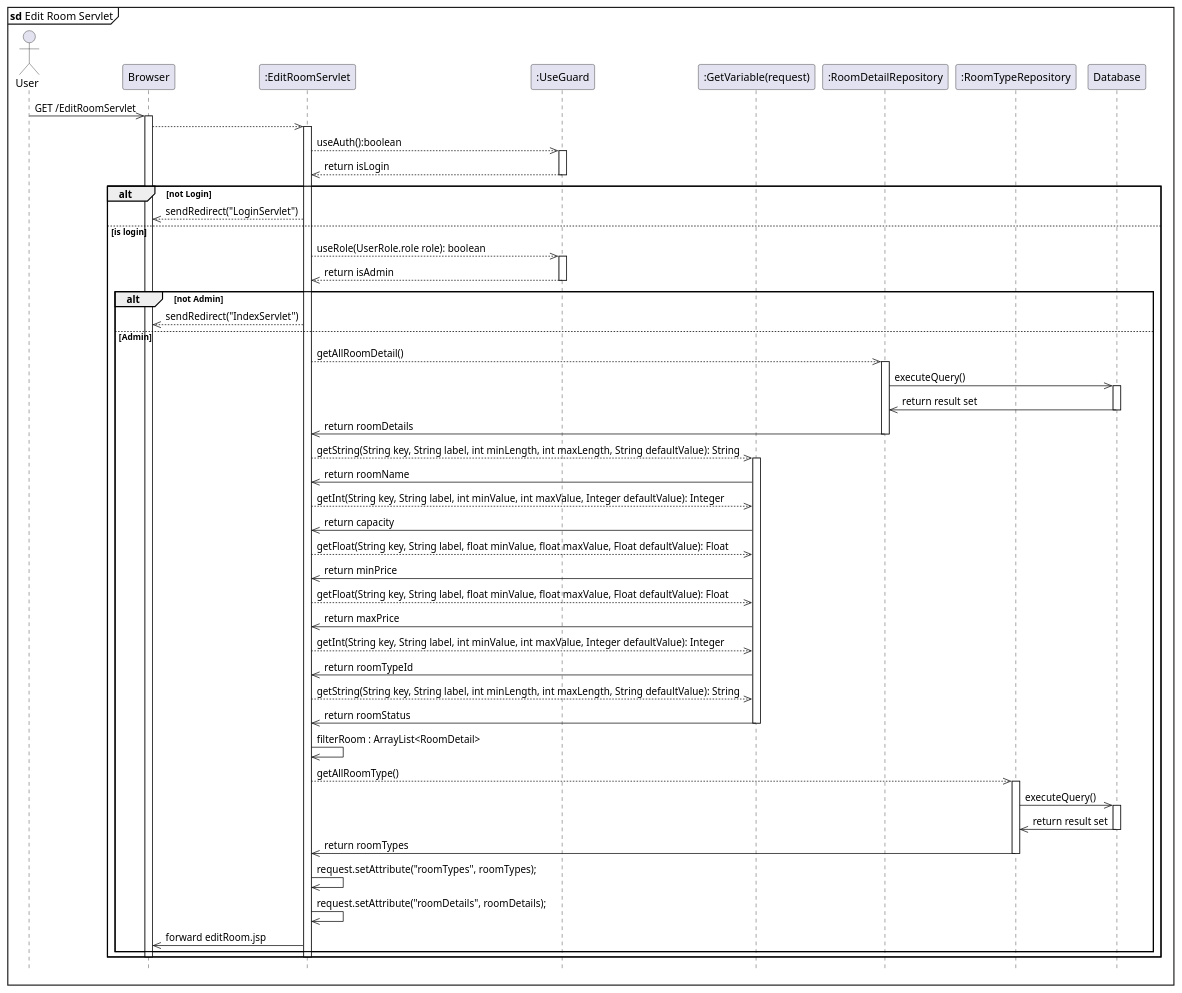
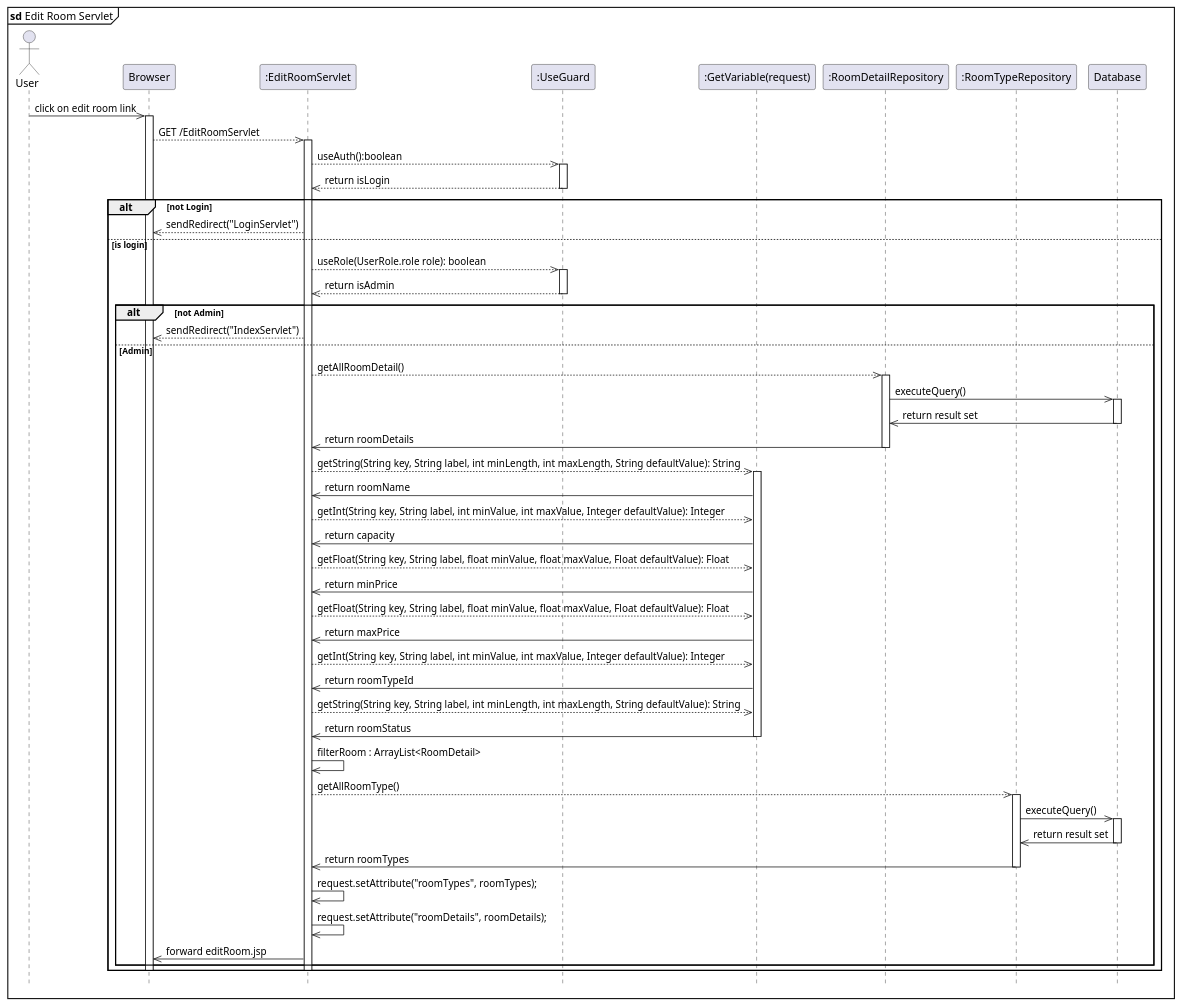
The diagram in diagram/EditRoomServlet.puml (kainesv86/HKCBooking), drawn with PlantUML before and after one commit. The commit also changed 6 other files, not shown here.

Commit message:
Add filter diagram, fix click link

```diff
--- a/diagram/EditRoomServlet.puml
+++ b/diagram/EditRoomServlet.puml
@@ -1,77 +1,77 @@
 hide footbox
 mainframe <b>sd</b> Edit Room Servlet
 actor User
 participant "Browser" as Browser
 participant ":EditRoomServlet" as EditRoomServlet
 participant ":UseGuard" as UseGuard
 participant ":GetVariable(request)" as GetVariable
 participant ":RoomDetailRepository" as RoomDetailRepository
 participant ":RoomTypeRepository" as RoomTypeRepository 
 participant "Database" as Database
 
-User ->> Browser: GET /EditRoomServlet
+User ->> Browser: click on edit room link
 activate Browser
-Browser -->> EditRoomServlet:
+Browser -->> EditRoomServlet: GET /EditRoomServlet
 activate EditRoomServlet
     EditRoomServlet -->> UseGuard: useAuth():boolean 
     activate UseGuard
             UseGuard -->> EditRoomServlet:return isLogin
     deactivate UseGuard
     alt not Login
         EditRoomServlet -->> Browser: sendRedirect("LoginServlet")
     else is login
     EditRoomServlet -->> UseGuard: useRole(UserRole.role role): boolean 
         activate UseGuard
             UseGuard -->> EditRoomServlet: return isAdmin
         deactivate UseGuard
         alt not Admin
             EditRoomServlet -->> Browser: sendRedirect("IndexServlet")
         else Admin
             
             EditRoomServlet -->> RoomDetailRepository: getAllRoomDetail()
             activate RoomDetailRepository
                 RoomDetailRepository ->> Database: executeQuery()
                 activate Database 
                     Database ->> RoomDetailRepository: return result set
                 deactivate Database
                 RoomDetailRepository ->> EditRoomServlet: return roomDetails
             deactivate RoomDetailRepository
             
             EditRoomServlet -->> GetVariable: getString(String key, String label, int minLength, int maxLength, String defaultValue): String
             activate GetVariable
             GetVariable ->> EditRoomServlet: return roomName
 
             EditRoomServlet -->> GetVariable: getInt(String key, String label, int minValue, int maxValue, Integer defaultValue): Integer
             GetVariable ->> EditRoomServlet: return capacity
 
             EditRoomServlet -->> GetVariable: getFloat(String key, String label, float minValue, float maxValue, Float defaultValue): Float
             GetVariable ->> EditRoomServlet: return minPrice
 
             EditRoomServlet -->> GetVariable: getFloat(String key, String label, float minValue, float maxValue, Float defaultValue): Float
             GetVariable ->> EditRoomServlet: return maxPrice
 
             EditRoomServlet -->> GetVariable: getInt(String key, String label, int minValue, int maxValue, Integer defaultValue): Integer
             GetVariable ->> EditRoomServlet: return roomTypeId
 
             EditRoomServlet -->> GetVariable: getString(String key, String label, int minLength, int maxLength, String defaultValue): String
             GetVariable ->> EditRoomServlet: return roomStatus
             deactivate GetVariable
 
             EditRoomServlet ->> EditRoomServlet: filterRoom : ArrayList<RoomDetail>
 
             EditRoomServlet -->> RoomTypeRepository: getAllRoomType()
                 activate RoomTypeRepository
                     RoomTypeRepository ->> Database: executeQuery()
                         activate Database 
                             Database ->> RoomTypeRepository: return result set
                         deactivate Database
                     RoomTypeRepository ->> EditRoomServlet: return roomTypes
                 deactivate RoomTypeRepository
             EditRoomServlet ->> EditRoomServlet: request.setAttribute("roomTypes", roomTypes);
             EditRoomServlet ->> EditRoomServlet: request.setAttribute("roomDetails", roomDetails);
 
             EditRoomServlet ->> Browser: forward editRoom.jsp 
         end
     deactivate EditRoomServlet
 deactivate Browser
     end
```
